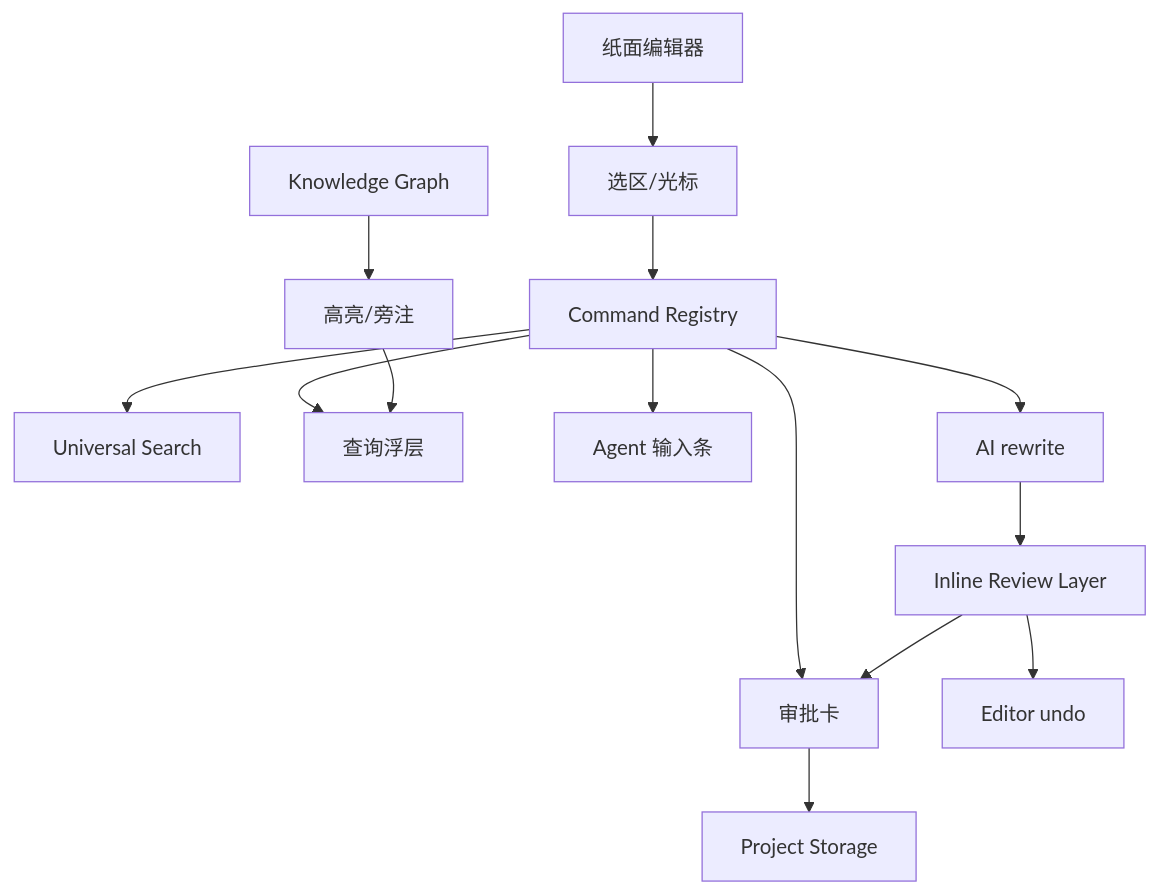
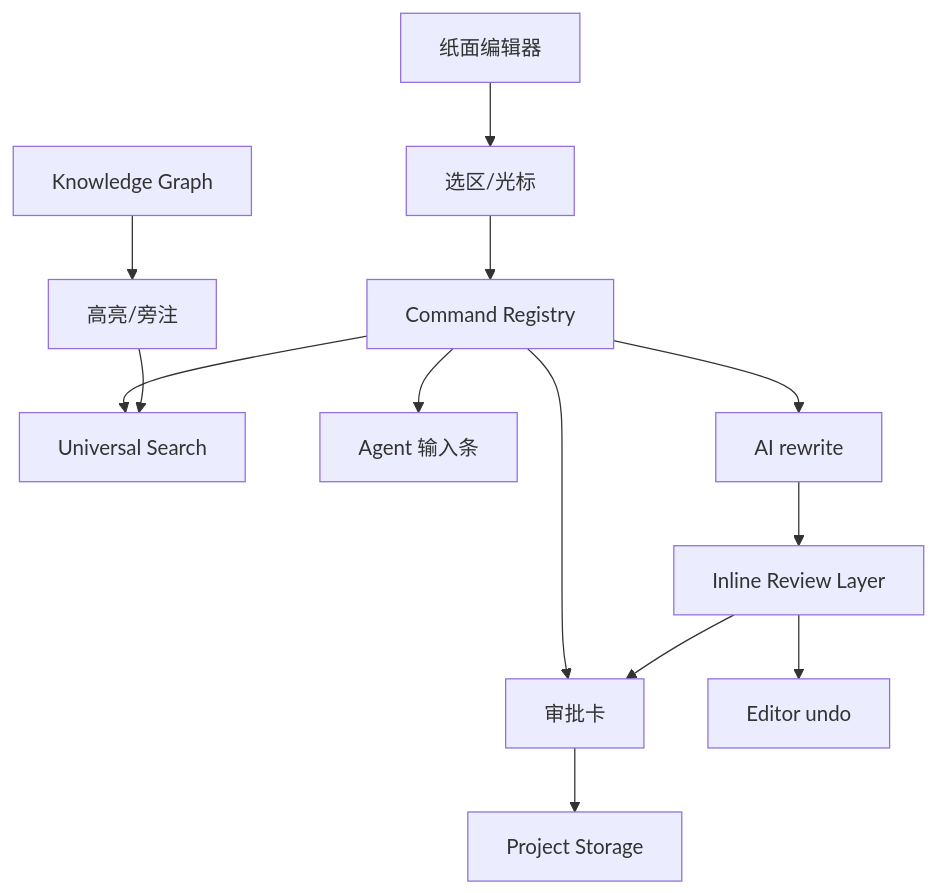
One commit to jinhuang712/open-novel changed the first of 3 diagrams in spec/S13-editor-and-interaction.md. Above: the diagram before and after it, drawn with Mermaid. The commit also changed other lines of this file and 29 other files, not shown here.

````diff
--- a/spec/S13-editor-and-interaction.md
+++ b/spec/S13-editor-and-interaction.md
@@ -7,16 +7,15 @@
 ```mermaid
 flowchart TB
   Editor[纸面编辑器] --> Selection[选区/光标]
   Selection --> Command[Command Registry]
   Command --> Search[Universal Search]
-  Command --> Query[查询浮层]
   Command --> Composer[Agent 输入条]
   Command --> Approval[审批卡]
   Command --> Rewrite[AI rewrite]
   Rewrite --> Review[Inline Review Layer]
   KG[Knowledge Graph] --> Highlight[高亮/旁注]
-  Highlight --> Query
+  Highlight --> Search
   Review --> Undo[Editor undo]
   Review --> Approval
   Approval --> Storage[Project Storage]
 ```
````
